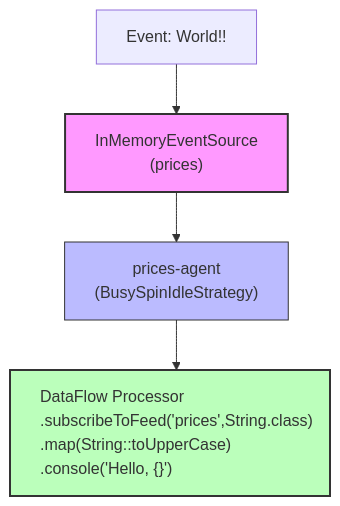
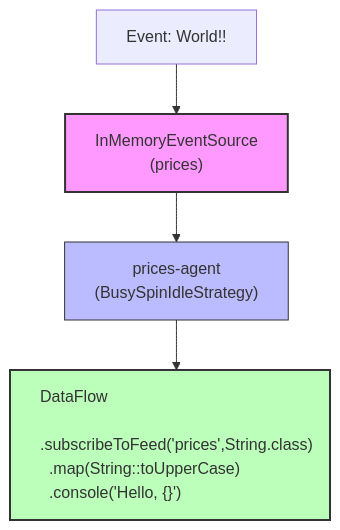
The diagram in gettting-started/stream-programming-tutorial/README.md (telaminai/mongoose-examples), drawn with Mermaid before and after one commit.

Commit message:
Fixed formatting in `StreamProgrammingTutorial` README for better readability.

````diff
--- a/gettting-started/stream-programming-tutorial/README.md
+++ b/gettting-started/stream-programming-tutorial/README.md
@@ -25,29 +25,29 @@
 ```mermaid
 flowchart TD
     %% Event Source
     prices["InMemoryEventSource<br>(prices)"]
 
     %% Agent
     pricesAgent["prices-agent<br>(BusySpinIdleStrategy)"]
 
     %% DataFlow Processor
-    df["DataFlow Processor<br>.subscribeToFeed('prices',String.class)<br>.map(String::toUpperCase)<br>.console('Hello, {}')"]
+    df["DataFlow<br>  .subscribeToFeed('prices',String.class)<br>  .map(String::toUpperCase)<br>  .console('Hello, {}')"]
 
     %% Connections
     prices --> pricesAgent
     pricesAgent --> df
 
     %% Example event
     ev1["Event: World!!"] --> prices
 
     %% Styling
     classDef source fill:#f9f,stroke:#333,stroke-width:2px
     classDef agent fill:#bbf,stroke:#333,stroke-width:1px
     classDef handler fill:#bfb,stroke:#333,stroke-width:2px
     class prices source
     class pricesAgent agent
     class df handler
 
     %% Force wider DataFlow Processor box
     style df width:320px, text-align:left
 ```
````
